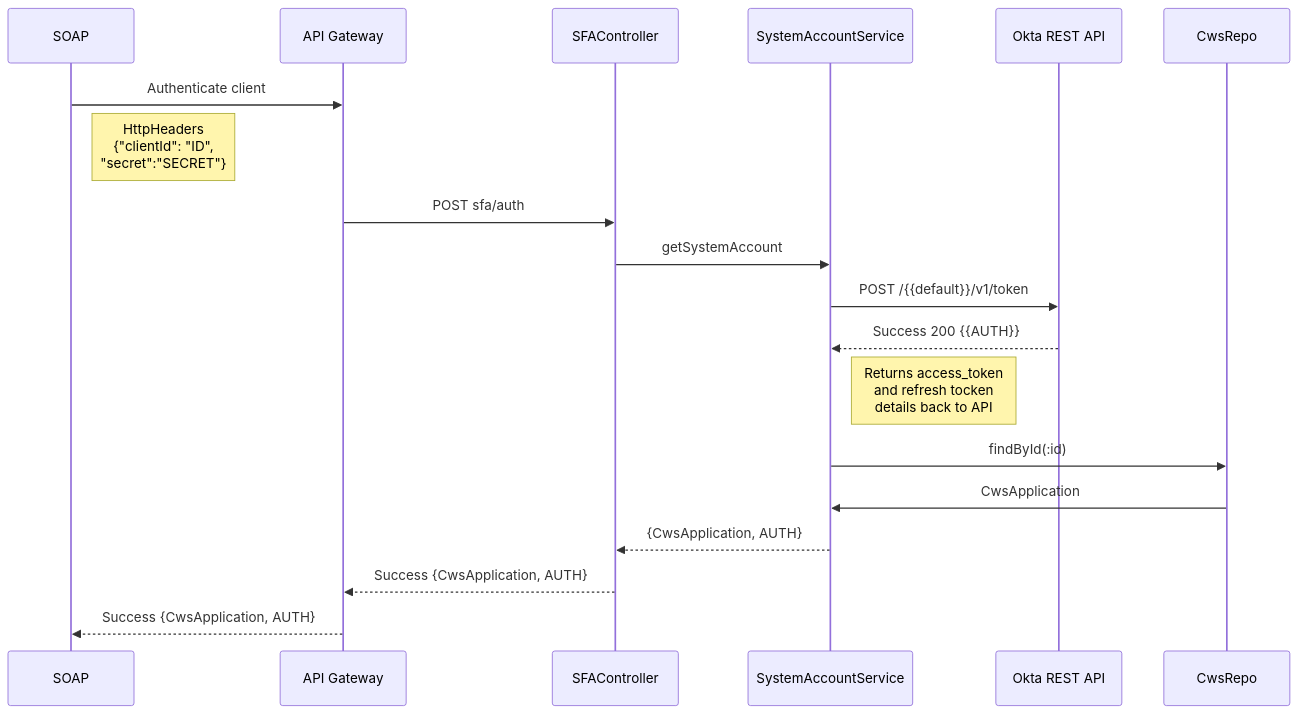
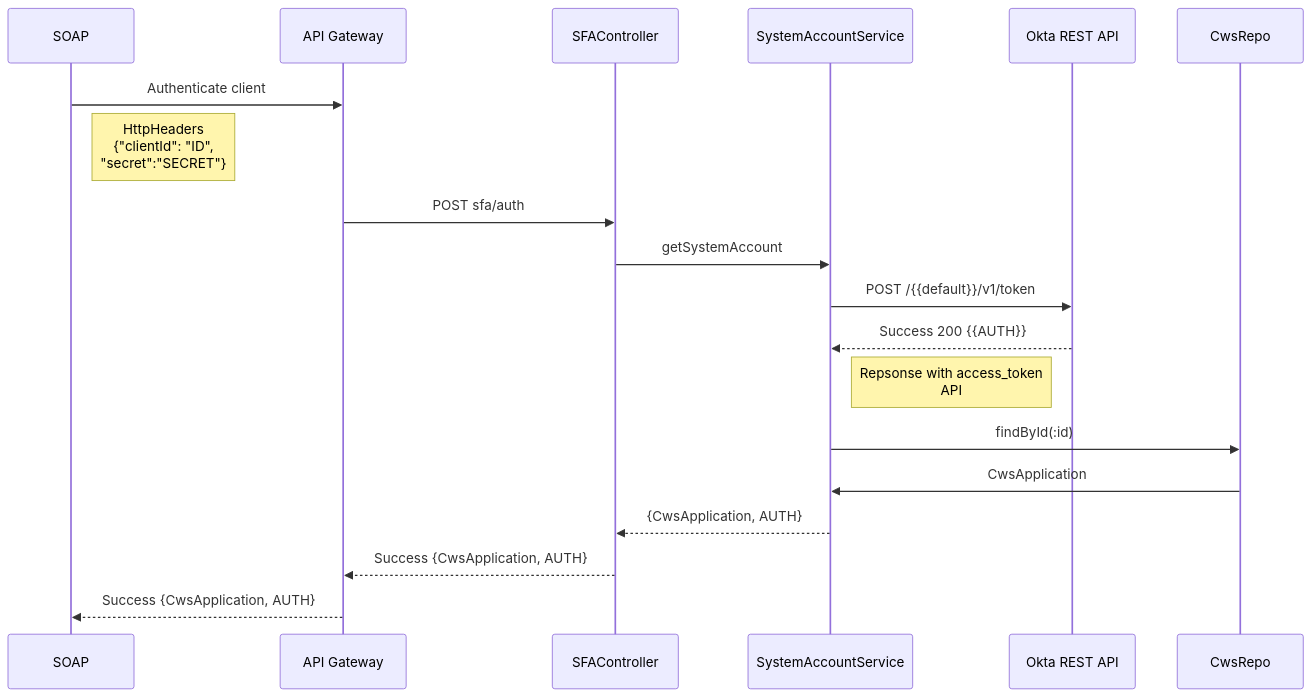
The fourth of 4 diagrams in README.md (venuduggireddy/slakedit), drawn with Mermaid before and after one commit. The commit also changed other lines of this file, not shown here.

````diff
--- a/README.md
+++ b/README.md
@@ -123,15 +123,15 @@
 ```mermaid
 sequenceDiagram
 SOAP ->> API Gateway: Authenticate client
 Note right of SOAP: HttpHeaders <br/>{"clientId": "ID",<br/> "secret":"SECRET"}
 API Gateway->>SFAController: POST sfa/auth
 SFAController ->> SystemAccountService: getSystemAccount
 SystemAccountService ->> Okta REST API: POST /{{default}}/v1/token
 Okta REST API-->> SystemAccountService: Success 200 {{AUTH}}
-Note right of SystemAccountService: Returns access_token<br/>and refresh tocken<br/> details back to API
+Note right of SystemAccountService: Repsonse with access_token<br/> API
 SystemAccountService ->> CwsRepo: findById(:id)
 CwsRepo ->> SystemAccountService: CwsApplication
 SystemAccountService -->> SFAController: {CwsApplication, AUTH}
 SFAController -->> API Gateway: Success {CwsApplication, AUTH}
 API Gateway -->> SOAP: Success {CwsApplication, AUTH}
 ```
````
